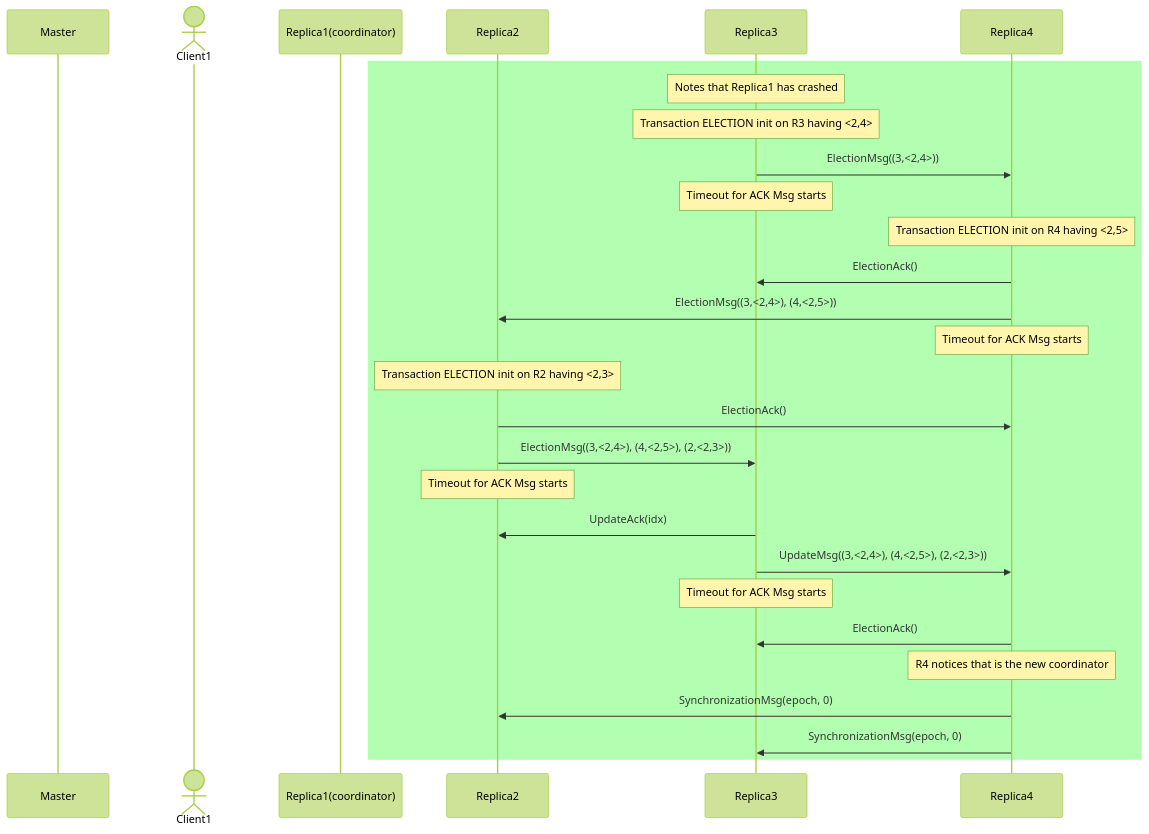
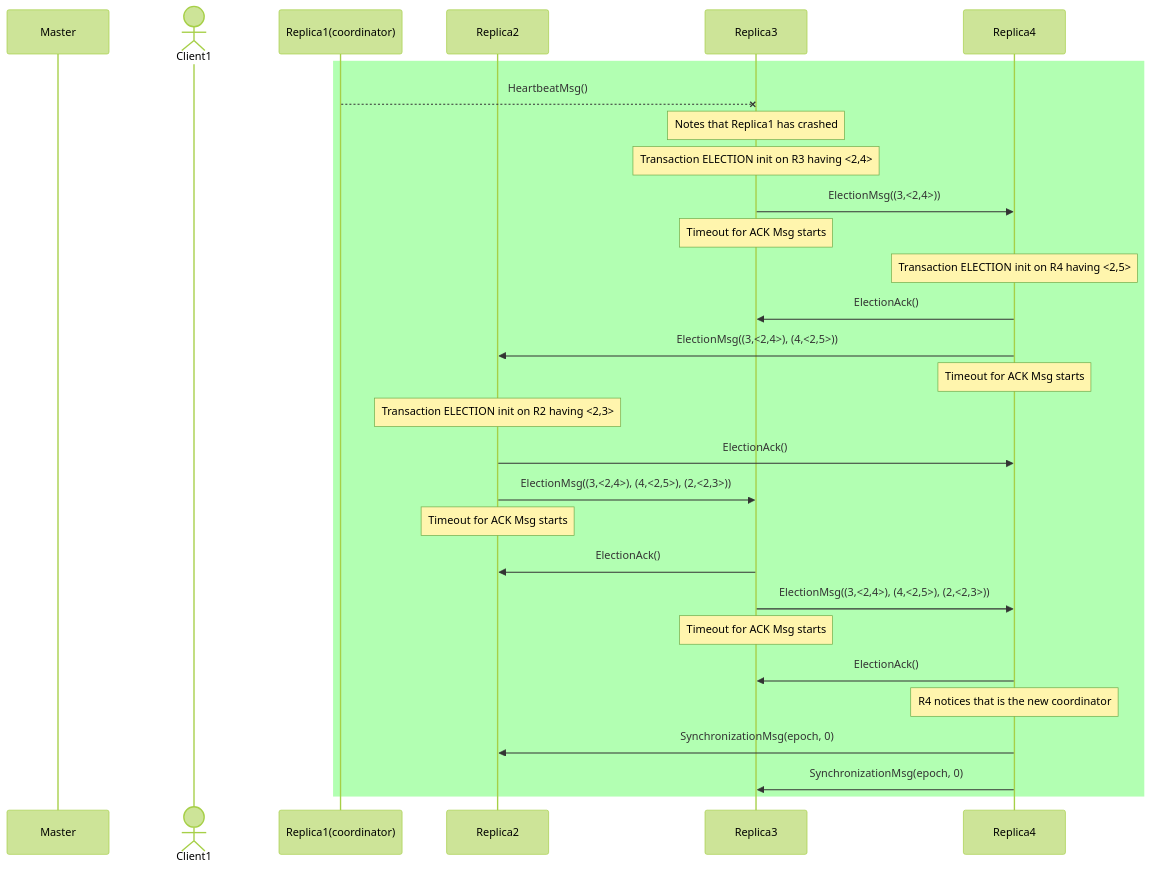
One commit to alanmasu/CoreDump_DS_Project changed the diagram in charts/transaction_Election.mmd. Above: the diagram before and after it, drawn with Mermaid. The commit also changed 3 other files, not shown here.

Commit message:
docs: Corrected some inconsistencies on the charts

```diff
--- a/charts/transaction_Election.mmd
+++ b/charts/transaction_Election.mmd
@@ -1,42 +1,43 @@
 ---
 config:
   theme: forest
 ---
 sequenceDiagram
     participant M as Master
 
     actor C1 as Client1
     %% actor C2 as Client2
     participant R1 as Replica1(coordinator)
     participant R2 as Replica2
     participant R3 as Replica3
     participant R4 as Replica4
 
     rect rgba(0, 255, 0, 0.3)
+        R1 --x R3: HeartbeatMsg()
         note over R3: Notes that Replica1 has crashed
 
         note over R3: Transaction ELECTION init on R3 having <2,4>
         R3 ->> R4: ElectionMsg((3,<2,4>))
         note over R3: Timeout for ACK Msg starts
 
         note over R4: Transaction ELECTION init on R4 having <2,5>
         R4 ->> R3: ElectionAck()
         R4 ->> R2: ElectionMsg((3,<2,4>), (4,<2,5>))
         note over R4: Timeout for ACK Msg starts
     
         note over R2: Transaction ELECTION init on R2 having <2,3>
         R2 ->> R4: ElectionAck()
         R2 ->> R3: ElectionMsg((3,<2,4>), (4,<2,5>), (2,<2,3>))
         note over R2: Timeout for ACK Msg starts
 
 
-        R3 ->> R2: UpdateAck(idx)
-        R3 ->> R4: UpdateMsg((3,<2,4>), (4,<2,5>), (2,<2,3>))
+        R3 ->> R2: ElectionAck()
+        R3 ->> R4: ElectionMsg((3,<2,4>), (4,<2,5>), (2,<2,3>))
         note over R3: Timeout for ACK Msg starts
 
         R4 ->> R3: ElectionAck()
         note over R4: R4 notices that is the new coordinator
         R4 ->> R2: SynchronizationMsg(epoch, 0)
         R4 ->> R3: SynchronizationMsg(epoch, 0)
         
     end
```
